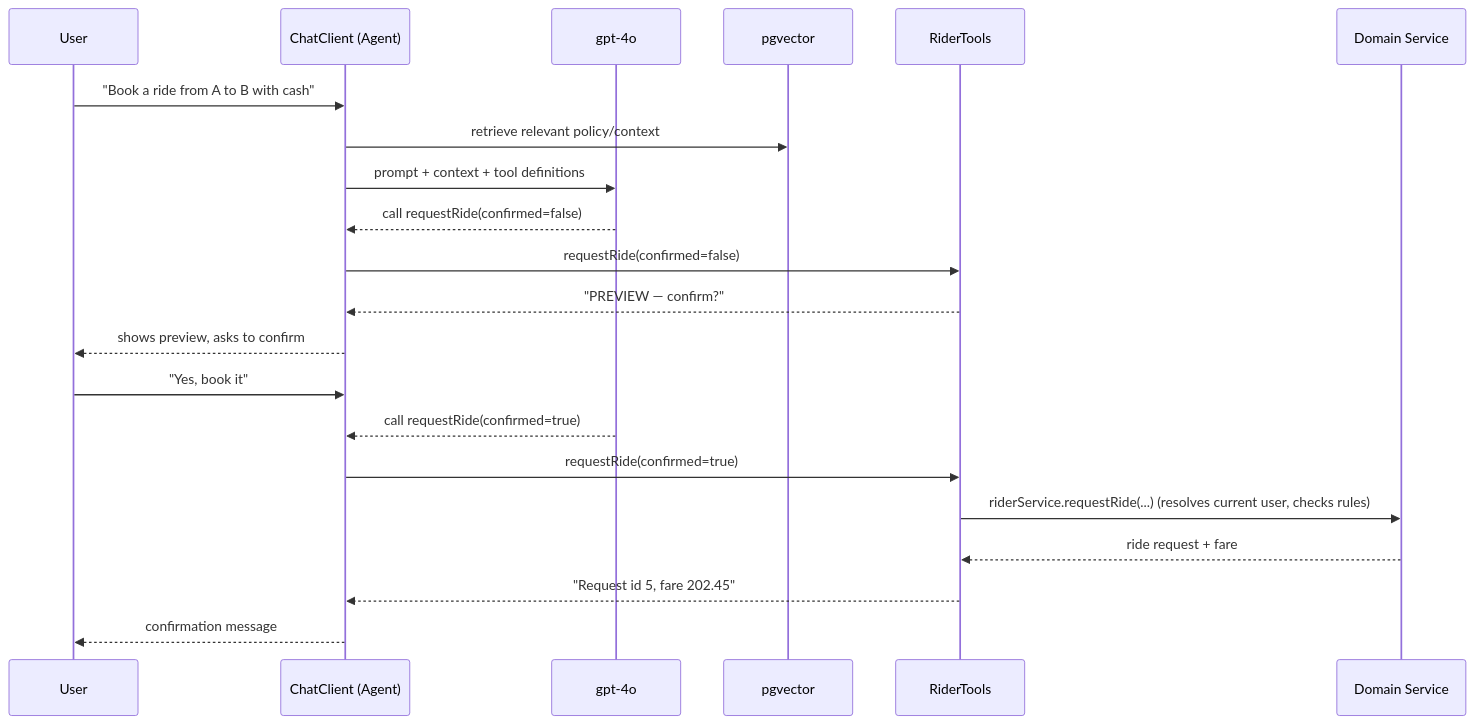
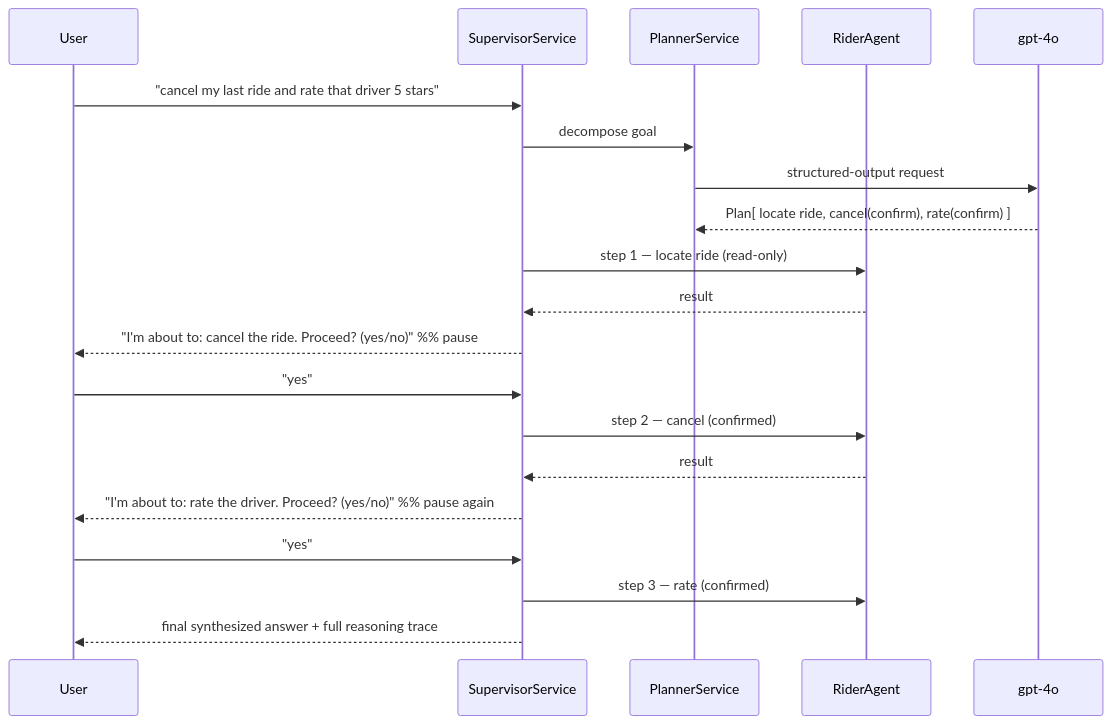
Before and after one commit to pallavi-sharma18/IntelliRide-Spring-AI: the second of 2 diagrams in README.md, drawn with Mermaid. The commit also changed other lines of this file, not shown here.

````diff
--- a/README.md
+++ b/README.md
@@ -76,24 +122,23 @@
 ```mermaid
 sequenceDiagram
     participant User
-    participant Agent as ChatClient (Agent)
+    participant Sup as SupervisorService
+    participant Plan as PlannerService
+    participant Agent as RiderAgent
     participant LLM as gpt-4o
-    participant RAG as pgvector
-    participant Tool as RiderTools
-    participant Svc as Domain Service
 
-    User->>Agent: "Book a ride from A to B with cash"
-    Agent->>RAG: retrieve relevant policy/context
-    Agent->>LLM: prompt + context + tool definitions
-    LLM-->>Agent: call requestRide(confirmed=false)
-    Agent->>Tool: requestRide(confirmed=false)
-    Tool-->>Agent: "PREVIEW — confirm?"
-    Agent-->>User: shows preview, asks to confirm
-    User->>Agent: "Yes, book it"
-    LLM-->>Agent: call requestRide(confirmed=true)
-    Agent->>Tool: requestRide(confirmed=true)
-    Tool->>Svc: riderService.requestRide(...)  (resolves current user, checks rules)
-    Svc-->>Tool: ride request + fare
-    Tool-->>Agent: "Request id 5, fare 202.45"
-    Agent-->>User: confirmation message
+    User->>Sup: "cancel my last ride and rate that driver 5 stars"
+    Sup->>Plan: decompose goal
+    Plan->>LLM: structured-output request
+    LLM-->>Plan: Plan[ locate ride, cancel(confirm), rate(confirm) ]
+    Sup->>Agent: step 1 — locate ride (read-only)
+    Agent-->>Sup: result
+    Sup-->>User: "I'm about to: cancel the ride. Proceed? (yes/no)"   %% pause
+    User->>Sup: "yes"
+    Sup->>Agent: step 2 — cancel (confirmed)
+    Agent-->>Sup: result
+    Sup-->>User: "I'm about to: rate the driver. Proceed? (yes/no)"   %% pause again
+    User->>Sup: "yes"
+    Sup->>Agent: step 3 — rate (confirmed)
+    Sup-->>User: final synthesized answer + full reasoning trace
 ```
````
